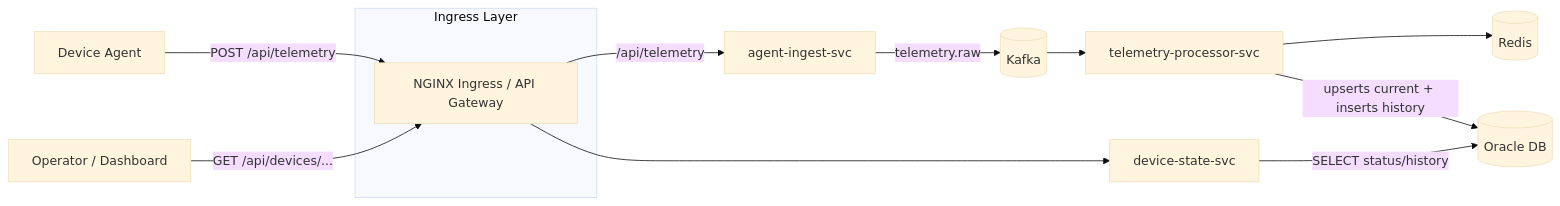
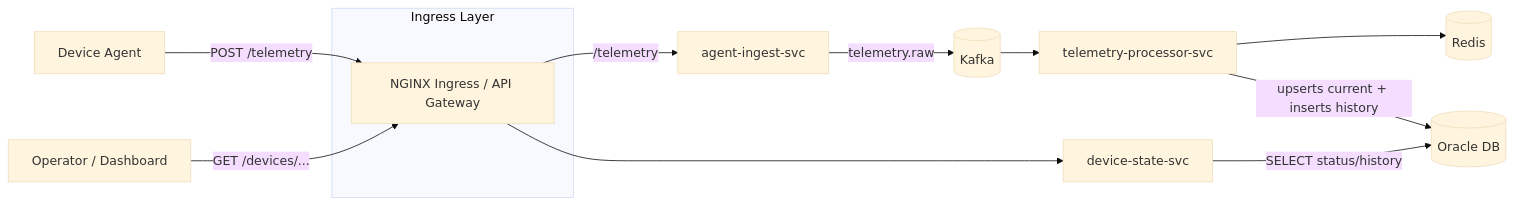
One commit to pavlogutsa/telemetry-platform-demo changed the diagram in docs/diagrams/system-overview.mmd. Above: the diagram before and after it, drawn with Mermaid (base theme). The commit also changed 9 other files, not shown here.

```diff
--- a/docs/diagrams/system-overview.mmd
+++ b/docs/diagrams/system-overview.mmd
@@ -1,16 +1,16 @@
 graph LR
   subgraph Ingress Layer
     NGINX[NGINX Ingress / API Gateway]
   end
 
-  Device[Device Agent] -->|POST /api/telemetry| NGINX
-  NGINX -->|/api/telemetry| Ingest[agent-ingest-svc]
+  Device[Device Agent] -->|POST /telemetry| NGINX
+  NGINX -->|/telemetry| Ingest[agent-ingest-svc]
   Ingest -->|telemetry.raw| Kafka[(Kafka)]
 
   Kafka --> Proc[telemetry-processor-svc]
   Proc --> Redis[(Redis)]
   Proc -->|upserts current + inserts history| Oracle[(Oracle DB)]
 
-  Operator[Operator / Dashboard] -->|GET /api/devices/...| NGINX
+  Operator[Operator / Dashboard] -->|GET /devices/...| NGINX
   NGINX --> State[device-state-svc]
   State -->|SELECT status/history| Oracle
```
